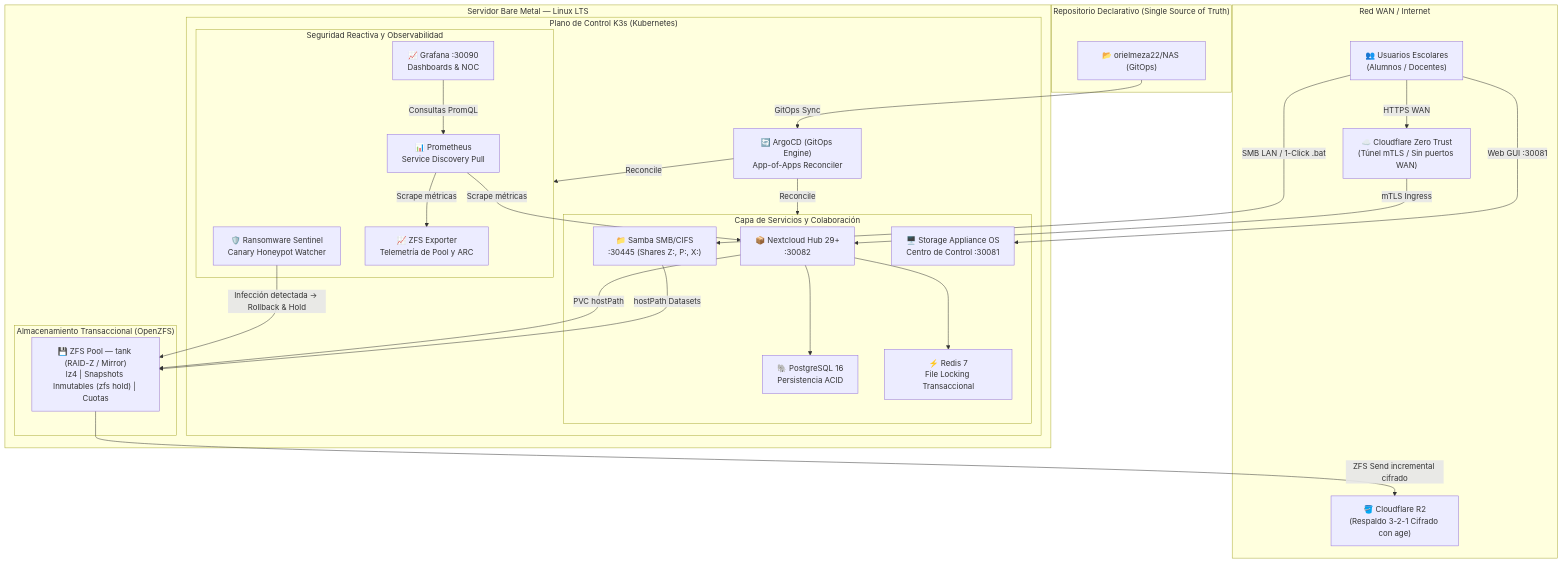
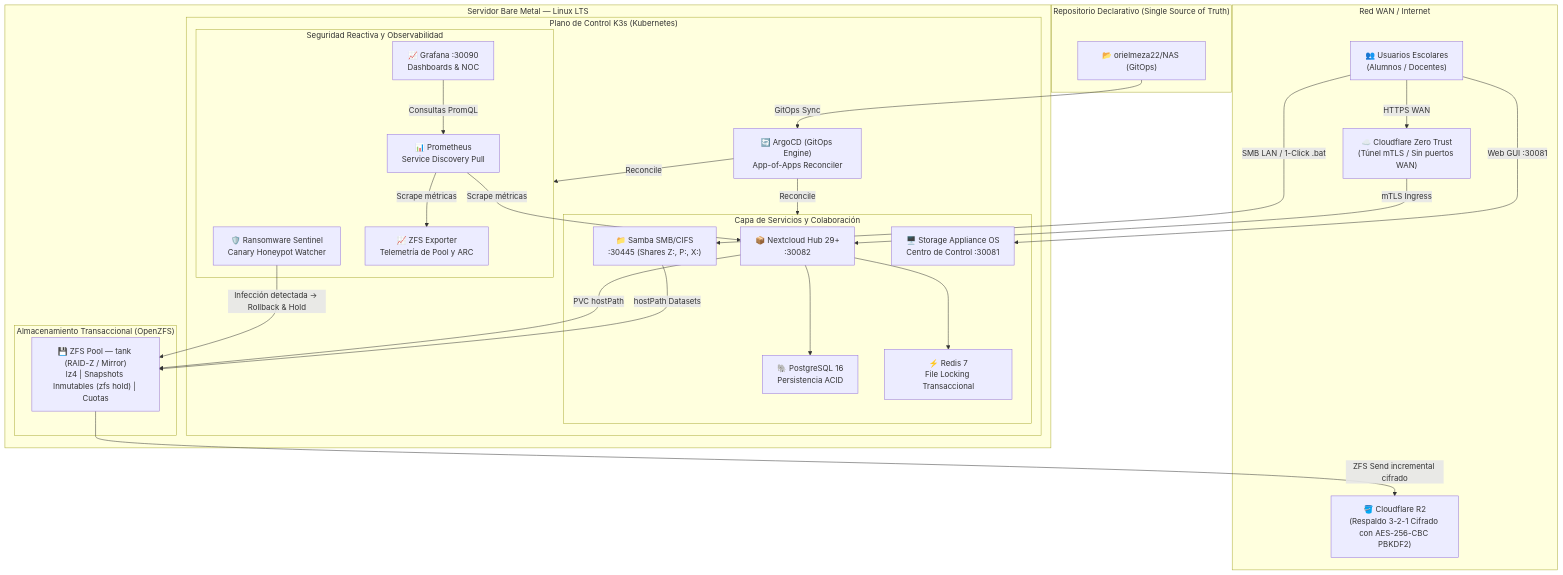
Before and after one commit to orielmeza22/NAS: the diagram in README.md, drawn with Mermaid. The commit also changed other lines of this file and 5 other files, not shown here.

````diff
--- a/README.md
+++ b/README.md
@@ -36,54 +36,54 @@
 ```mermaid
 flowchart TB
     subgraph Internet["Red WAN / Internet"]
         Users["👥 Usuarios Escolares\n(Alumnos / Docentes)"]
         CF["☁️ Cloudflare Zero Trust\n(Túnel mTLS / Sin puertos WAN)"]
-        R2["🪣 Cloudflare R2\n(Respaldo 3-2-1 Cifrado con age)"]
+        R2["🪣 Cloudflare R2\n(Respaldo 3-2-1 Cifrado con AES-256-CBC PBKDF2)"]
     end
 
     subgraph Host["Servidor Bare Metal — Linux LTS"]
         subgraph K3s["Plano de Control K3s (Kubernetes)"]
             ARGO["🔄 ArgoCD (GitOps Engine)\nApp-of-Apps Reconciler"]
             
             subgraph Apps["Capa de Servicios y Colaboración"]
                 NC["📦 Nextcloud Hub 29+\n:30082"]
                 PG["🐘 PostgreSQL 16\nPersistencia ACID"]
                 REDIS["⚡ Redis 7\nFile Locking Transaccional"]
                 SMB["📁 Samba SMB/CIFS\n:30445 (Shares Z:, P:, X:)"]
                 QR["🖥️ Storage Appliance OS\nCentro de Control :30081"]
             end
 
             subgraph SecObs["Seguridad Reactiva y Observabilidad"]
                 SENTINEL["🛡️ Ransomware Sentinel\nCanary Honeypot Watcher"]
                 PROM["📊 Prometheus\nService Discovery Pull"]
                 GRAF["📈 Grafana :30090\nDashboards & NOC"]
                 ZFSEXP["📈 ZFS Exporter\nTelemetría de Pool y ARC"]
             end
         end
 
         subgraph Storage["Almacenamiento Transaccional (OpenZFS)"]
             ZFS["💾 ZFS Pool — tank (RAID-Z / Mirror)\nlz4 | Snapshots Inmutables (zfs hold) | Cuotas"]
         end
     end
 
     subgraph GitHub["Repositorio Declarativo (Single Source of Truth)"]
         REPO["📂 orielmeza22/NAS (GitOps)"]
     end
 
     Users -->|HTTPS WAN| CF
     CF -->|mTLS Ingress| NC
     Users -->|SMB LAN / 1-Click .bat| SMB
     Users -->|Web GUI :30081| QR
     REPO -->|GitOps Sync| ARGO
     ARGO -->|Reconcile| Apps
     ARGO -->|Reconcile| SecObs
     NC --> PG
     NC --> REDIS
     NC -->|PVC hostPath| ZFS
     SMB -->|hostPath Datasets| ZFS
     SENTINEL -->|Infección detectada -> Rollback & Hold| ZFS
     ZFS -->|ZFS Send incremental cifrado| R2
     PROM -->|Scrape métricas| ZFSEXP
     PROM -->|Scrape métricas| NC
     GRAF -->|Consultas PromQL| PROM
 ```
````
